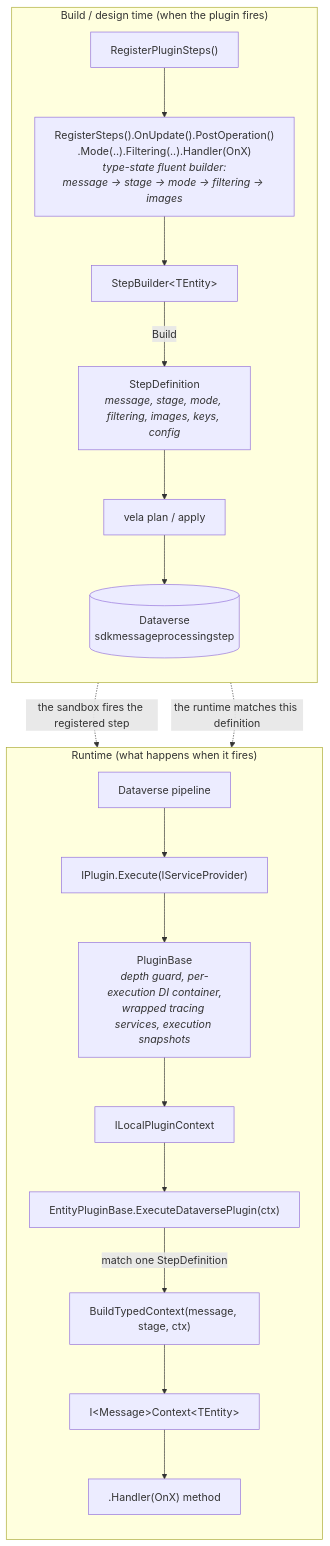
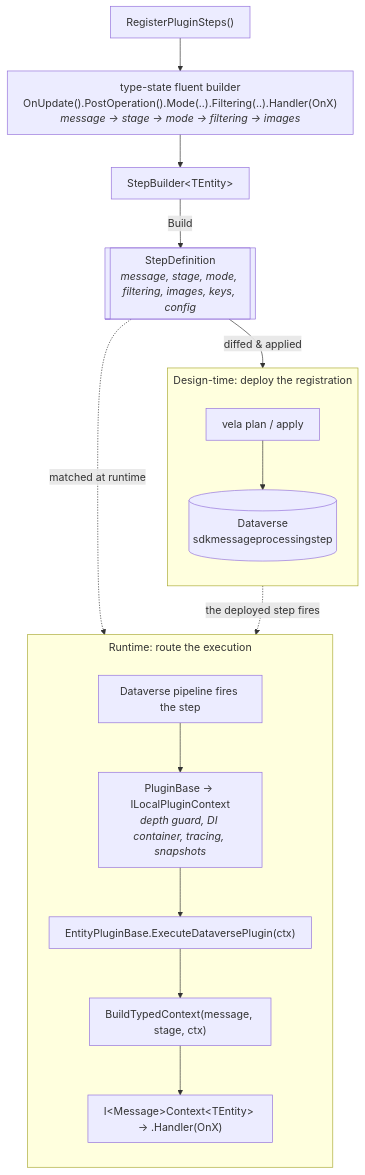
The diagram in docs/advanced/architecture.md (allandecastro/vela), drawn with Mermaid before and after one commit. The commit also changed other lines of this file and 1 other file, not shown here.

Commit message:
docs(architecture): pivot the diagram on StepDefinition + Vela-branded mermaid theme
- Restructure the flowchart around StepDefinition as the shared artifact: two clearly
  labeled branches (Design-time: deploy via plan/apply, Runtime: route to the handler)
  instead of a linear build->deploy->run flow that implied a false sequence.
- subGraphTitleMargin so the subgraph title no longer overlaps the first node.
- Theme the rendered mermaid SVG with the Vela palette (soft-blue nodes, accent borders,
  Inter, hairline subgraph cards, muted edges), driven by the --vela-* variables so it
  follows light/dark automatically.
DocFX builds clean.

````diff
--- a/docs/advanced/architecture.md
+++ b/docs/advanced/architecture.md
@@ -46,31 +49,31 @@
 ```mermaid
-flowchart TD
-    subgraph build ["Build / design time (when the plugin fires)"]
+%%{init: {"flowchart": {"subGraphTitleMargin": {"top": 6, "bottom": 18}, "nodeSpacing": 45, "rankSpacing": 50, "padding": 12}}}%%
+flowchart TB
+    A["RegisterPluginSteps()"]
+    B["type-state fluent builder<br/>OnUpdate().PostOperation().Mode(..).Filtering(..).Handler(OnX)<br/><i>message → stage → mode → filtering → images</i>"]
+    C["StepBuilder&lt;TEntity&gt;"]
+    SD[["StepDefinition<br/><i>message, stage, mode, filtering, images, keys, config</i>"]]
+    A --> B --> C
+    C -->|Build| SD
+
+    subgraph deploy ["Design-time: deploy the registration"]
         direction TB
-        A["RegisterPluginSteps()"]
-        B["RegisterSteps().OnUpdate().PostOperation()<br/>.Mode(..).Filtering(..).Handler(OnX)<br/><i>type-state fluent builder:<br/>message → stage → mode → filtering → images</i>"]
-        C["StepBuilder&lt;TEntity&gt;"]
-        D["StepDefinition<br/><i>message, stage, mode, filtering, images, keys, config</i>"]
         E["vela plan / apply"]
         F[("Dataverse<br/>sdkmessageprocessingstep")]
-        A --> B --> C
-        C -->|Build| D --> E --> F
+        E --> F
     end
 
-    subgraph run ["Runtime (what happens when it fires)"]
+    subgraph runtime ["Runtime: route the execution"]
         direction TB
-        G["Dataverse pipeline"]
-        H["IPlugin.Execute(IServiceProvider)"]
-        I["PluginBase<br/><i>depth guard, per-execution DI container,<br/>wrapped tracing services, execution snapshots</i>"]
-        J["ILocalPluginContext"]
+        G["Dataverse pipeline fires the step"]
+        I["PluginBase → ILocalPluginContext<br/><i>depth guard, DI container, tracing, snapshots</i>"]
         K["EntityPluginBase.ExecuteDataversePlugin(ctx)"]
         L["BuildTypedContext(message, stage, ctx)"]
-        M["I&lt;Message&gt;Context&lt;TEntity&gt;"]
-        N[".Handler(OnX) method"]
-        G --> H --> I --> J --> K
-        K -->|match one StepDefinition| L --> M --> N
+        N["I&lt;Message&gt;Context&lt;TEntity&gt; → .Handler(OnX)"]
+        G --> I --> K --> L --> N
     end
 
-    F -. "the sandbox fires the registered step" .-> G
-    D -. "the runtime matches this definition" .-> K
+    SD -->|diffed & applied| E
+    SD -. "matched at runtime" .-> K
+    F -. "the deployed step fires" .-> G
 ```
````
